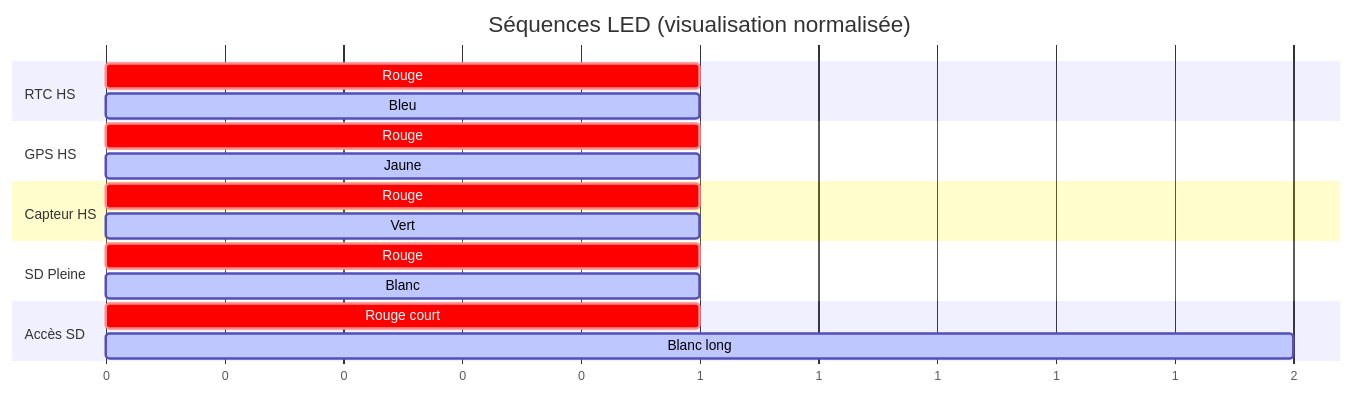
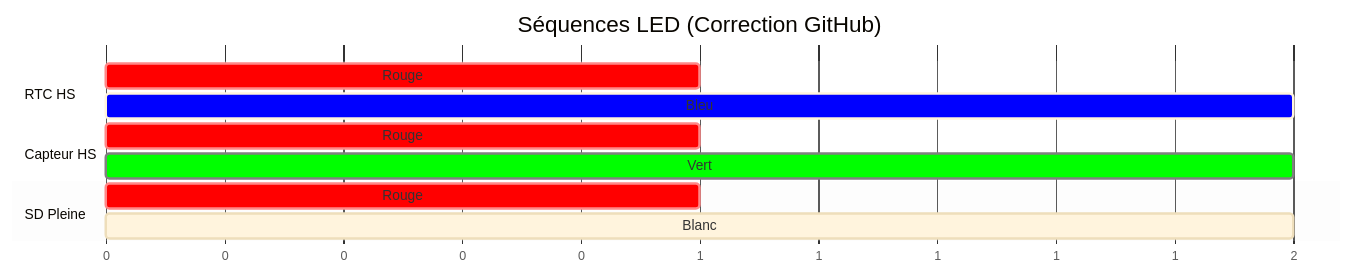
One commit to elmatador778/Worldwide-Weather-Watcher changed the third of 3 diagrams in README.md. Above: the diagram before and after it, drawn with Mermaid. The commit also changed other lines of this file, not shown here.

````diff
--- a/README.md
+++ b/README.md
@@ -185,26 +119,25 @@
 ```mermaid
 gantt
-    title Séquences LED (visualisation normalisée)
+    %%{init: { 'theme': 'base', 'themeVariables': {
+        'critBkgColor': '#ff0000',
+        'activeTaskBkgColor': '#0000ff',
+        'doneTaskBkgColor': '#00ff00',
+        'sectionBkgColor': '#ffffff',
+        'sectionBkgColor2': '#f4f4f4'
+    }}}%%
+    title Séquences LED (Correction GitHub)
     dateFormat X
     axisFormat %s
 
     section RTC HS
     Rouge :crit, 0, 1
-    Bleu  :active, 1, 1
-
-    section GPS HS
-    Rouge :crit, 0, 1
-    Jaune :active, 1, 1
+    Bleu  :active, 1, 2
 
     section Capteur HS
     Rouge :crit, 0, 1
-    Vert  :active, 1, 1
+    Vert  :done, 1, 2
 
     section SD Pleine
     Rouge :crit, 0, 1
-    Blanc :active, 1, 1
-
-    section Accès SD
-    Rouge court :crit, 0, 1
-    Blanc long  :active, 1, 2
+    Blanc : 1, 2
 ```
````
